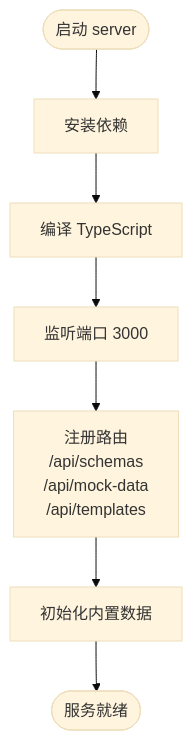
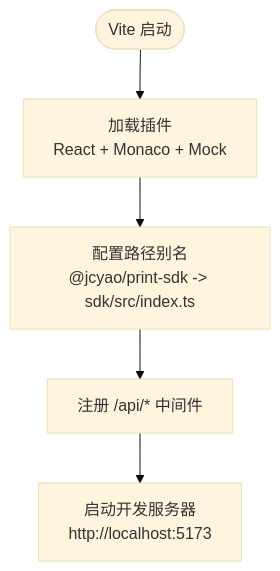
Before and after one commit to joker-yjc/printer: the third of 7 diagrams in .qoder/repowiki/zh/content/快速开始.md, drawn with Mermaid (base theme). The commit also changed other lines of this file and 86 other files, not shown here.

````diff
--- a/.qoder/repowiki/zh/content/快速开始.md
+++ b/.qoder/repowiki/zh/content/快速开始.md
@@ -144,9 +137,7 @@
 ```mermaid
 flowchart TD
-Start(["启动 server"]) --> Install["安装依赖"]
-Install --> Build["编译 TypeScript"]
-Build --> Listen["监听端口 3000"]
-Listen --> Routes["注册路由<br/>/api/schemas<br/>/api/mock-data<br/>/api/templates"]
-Routes --> Init["初始化内置数据"]
-Init --> Ready(["服务就绪"])
+Start(["Vite 启动"]) --> Plugins["加载插件<br/>React + Monaco + Mock"]
+Plugins --> Alias["配置路径别名<br/>@jcyao/print-sdk -> sdk/src/index.ts"]
+Alias --> Middleware["注册 /api/* 中间件"]
+Middleware --> Serve["启动开发服务器<br/>http://localhost:5173"]
 ```
````
